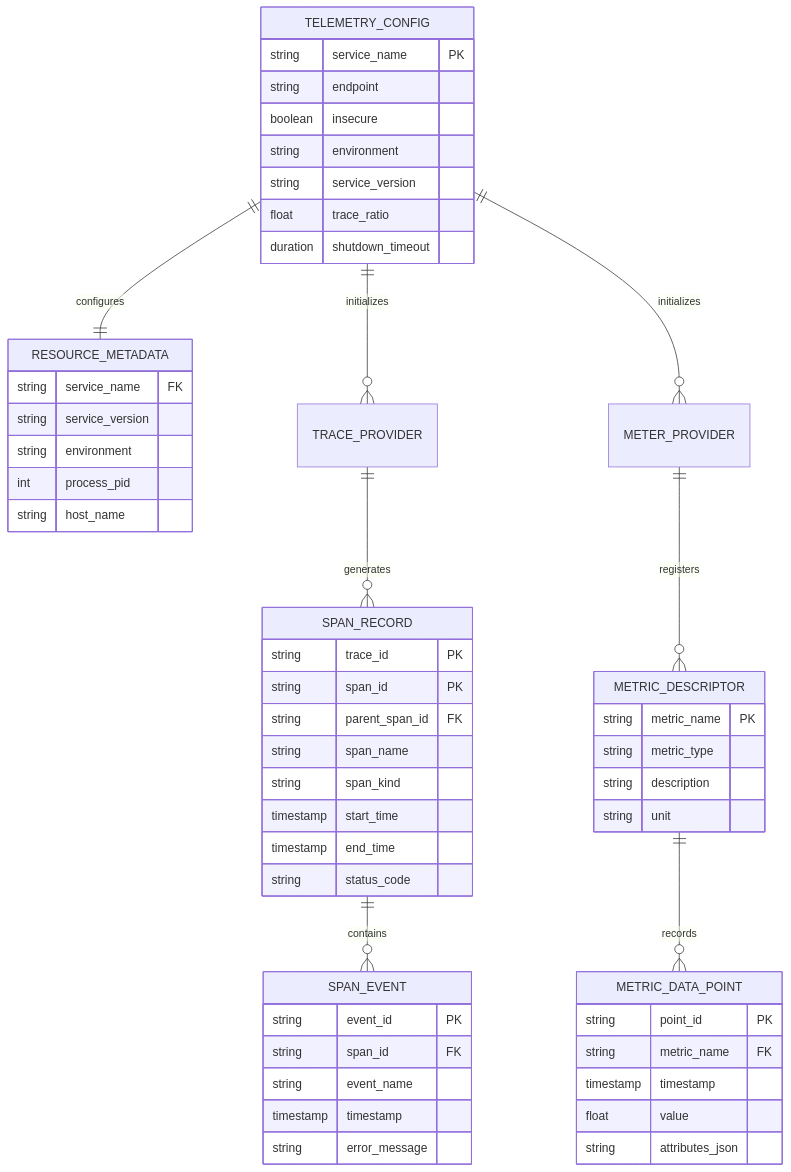
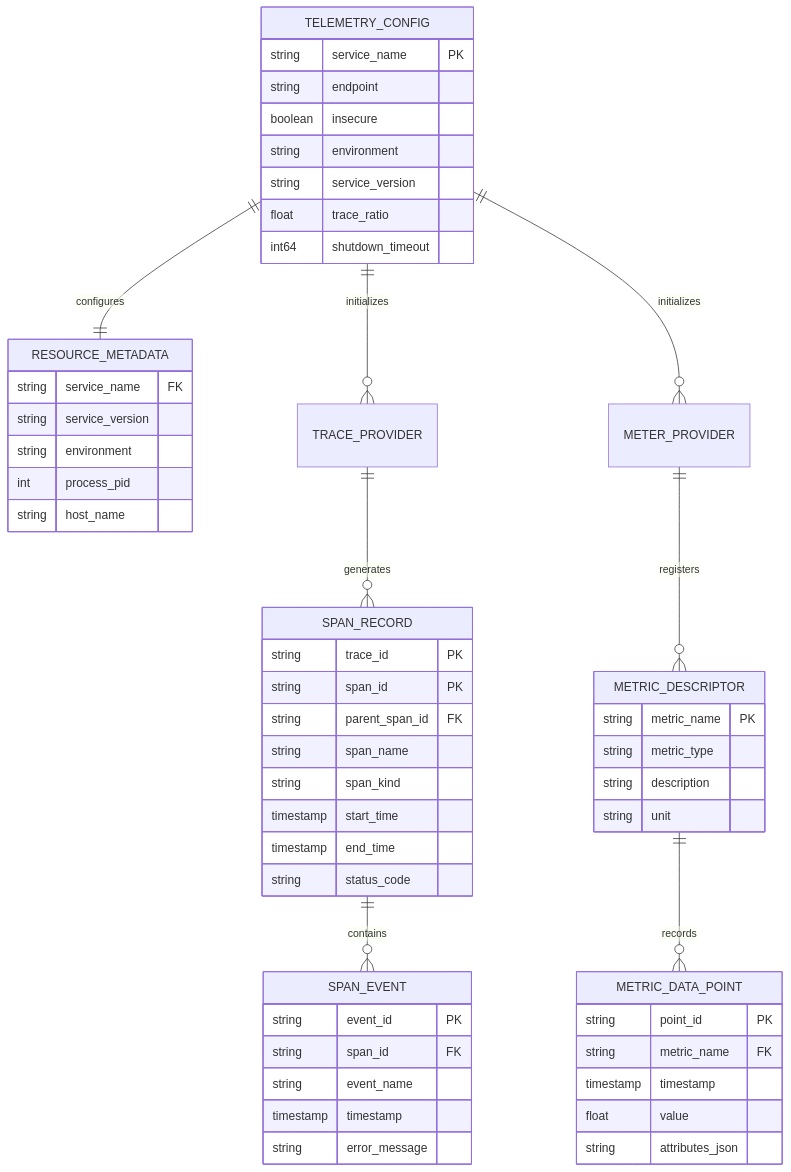
The third of 4 diagrams in README.md (Jkenyut/nvx-go-telemetry), drawn with Mermaid before and after one commit. The commit also changed other lines of this file and 4 other files, not shown here.

Commit message:
refactor: change ShutdownTimeout configuration type from time.Duration to int64 milliseconds

````diff
--- a/README.md
+++ b/README.md
@@ -120,62 +120,62 @@
 ```mermaid
 erDiagram
     TELEMETRY_CONFIG ||--|| RESOURCE_METADATA : configures
     TELEMETRY_CONFIG ||--o{ TRACE_PROVIDER : initializes
     TELEMETRY_CONFIG ||--o{ METER_PROVIDER : initializes
     TRACE_PROVIDER ||--o{ SPAN_RECORD : generates
     SPAN_RECORD ||--o{ SPAN_EVENT : contains
     METER_PROVIDER ||--o{ METRIC_DESCRIPTOR : registers
     METRIC_DESCRIPTOR ||--o{ METRIC_DATA_POINT : records
 
     TELEMETRY_CONFIG {
         string service_name PK
         string endpoint
         boolean insecure
         string environment
         string service_version
         float trace_ratio
-        duration shutdown_timeout
+        int64 shutdown_timeout
     }
 
     RESOURCE_METADATA {
         string service_name FK
         string service_version
         string environment
         int process_pid
         string host_name
     }
 
     SPAN_RECORD {
         string trace_id PK
         string span_id PK
         string parent_span_id FK
         string span_name
         string span_kind
         timestamp start_time
         timestamp end_time
         string status_code
     }
 
     SPAN_EVENT {
         string event_id PK
         string span_id FK
         string event_name
         timestamp timestamp
         string error_message
     }
 
     METRIC_DESCRIPTOR {
         string metric_name PK
         string metric_type
         string description
         string unit
     }
 
     METRIC_DATA_POINT {
         string point_id PK
         string metric_name FK
         timestamp timestamp
         float value
         string attributes_json
     }
 ```
````
